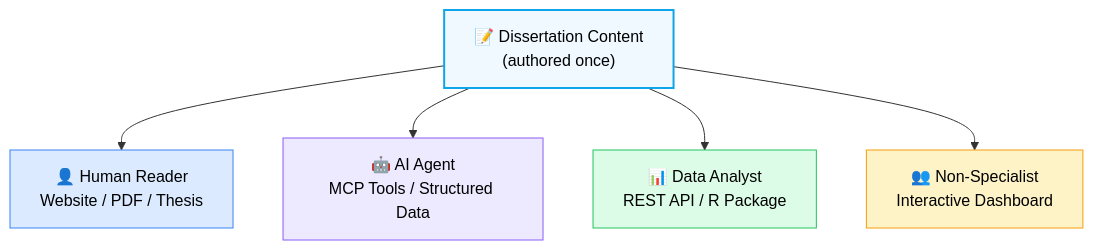
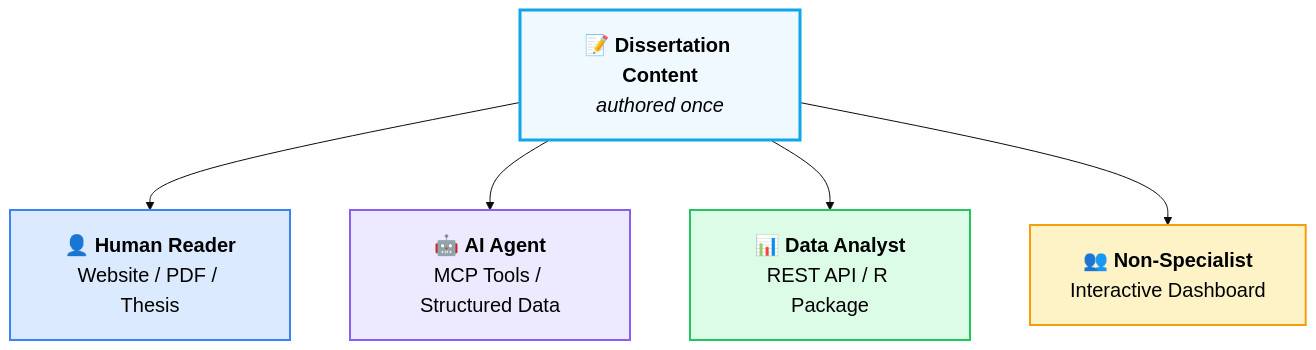
One commit to dataimago/dissertation changed the second of 6 diagrams in quarto_website/training-presentation.qmd. Above: the diagram before and after it, drawn with Mermaid. The commit also changed other lines of this file and 16 other files, not shown here.

````diff
--- a/quarto_website/training-presentation.qmd
+++ b/quarto_website/training-presentation.qmd
@@ -330,17 +442,17 @@
 ```{mermaid}
 %%| echo: false
-%%| eval: true
-%%| fig-width: 14
+%%| fig-responsive: false
+%%{init: {'theme': 'base', 'themeVariables': {'fontSize': '20px', 'fontFamily': 'Inter, system-ui, sans-serif'}, 'flowchart': {'nodeSpacing': 60, 'rankSpacing': 70, 'padding': 20, 'htmlLabels': true}}}%%
 flowchart TB
-    S["📝 Dissertation Content\n(authored once)"]
-    S --> H["👤 Human Reader\nWebsite / PDF / Thesis"]
-    S --> A["🤖 AI Agent\nMCP Tools / Structured Data"]
-    S --> D["📊 Data Analyst\nREST API / R Package"]
-    S --> V["👥 Non-Specialist\nInteractive Dashboard"]
+    S["📝 <b>Dissertation Content</b><br/><i>authored once</i>"]
+    S --> H["👤 <b>Human Reader</b><br/>Website / PDF / Thesis"]
+    S --> A["🤖 <b>AI Agent</b><br/>MCP Tools / Structured Data"]
+    S --> D["📊 <b>Data Analyst</b><br/>REST API / R Package"]
+    S --> V["👥 <b>Non-Specialist</b><br/>Interactive Dashboard"]
 
-    style S fill:#f0f9ff,stroke:#0ea5e9,color:#000,stroke-width:2px
-    style H fill:#dbeafe,stroke:#3b82f6,color:#000
-    style A fill:#ede9fe,stroke:#8b5cf6,color:#000
-    style D fill:#dcfce7,stroke:#22c55e,color:#000
-    style V fill:#fef3c7,stroke:#f59e0b,color:#000
+    style S fill:#f0f9ff,stroke:#0ea5e9,color:#000,stroke-width:3px
+    style H fill:#dbeafe,stroke:#3b82f6,stroke-width:2px,color:#000
+    style A fill:#ede9fe,stroke:#8b5cf6,stroke-width:2px,color:#000
+    style D fill:#dcfce7,stroke:#22c55e,stroke-width:2px,color:#000
+    style V fill:#fef3c7,stroke:#f59e0b,stroke-width:2px,color:#000
 ```
````
